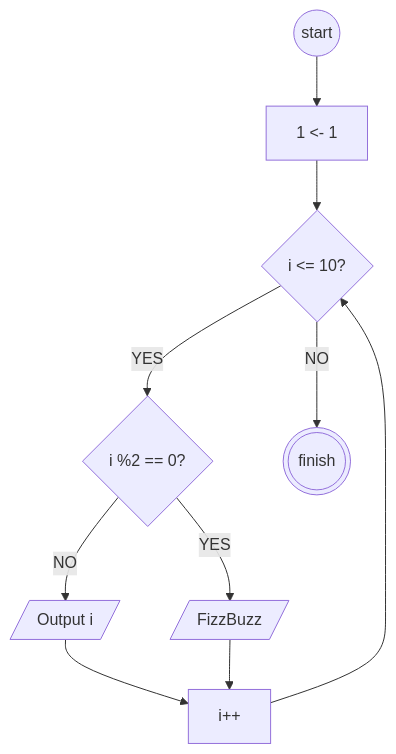
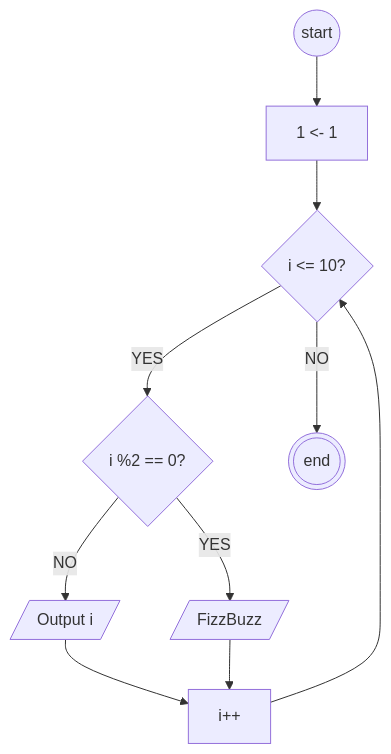
Before and after one commit to mfchrzlmzakky/koda-b1-algorithm: the diagram in ffizzbuzz.md, drawn with Mermaid.

````diff
--- a/ffizzbuzz.md
+++ b/ffizzbuzz.md
@@ -4,20 +4,20 @@
 ``` mermaid
 flowchart TB
 start((start))
 init["1 <- 1"]
 check{"i <= 10?"}
 check2{"i %2 == 0?"}
 output[/Output i/]
 output2[/FizzBuzz/]
 increment["i++"]
-finish(((finish)))
+finish(((end)))
 start --> init
 init --> check
 check -- YES --> check2
 check2 -- YES  --> output2
 check2 -- NO  --> output
 output --> increment
 output2 --> increment
 increment --> check
 check -- NO  --> finish
 ```
````
